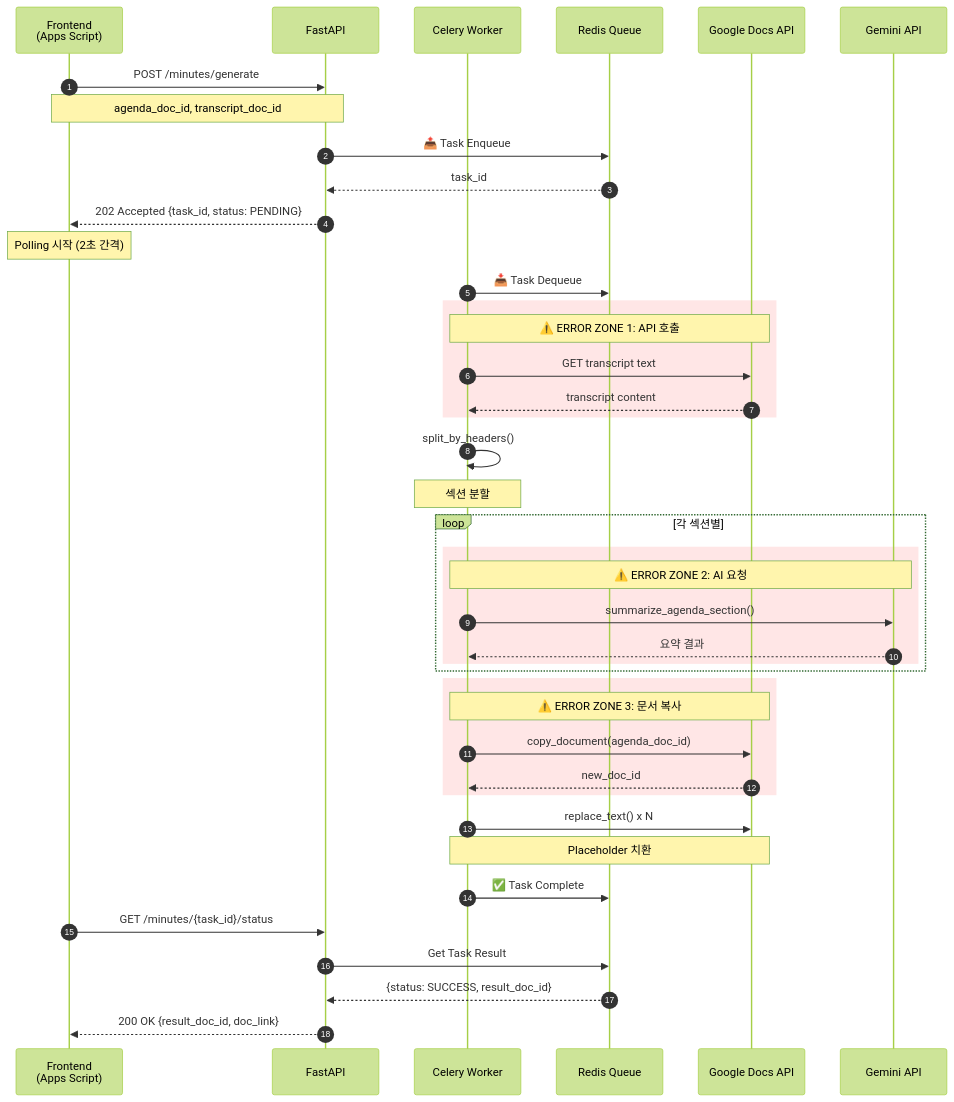
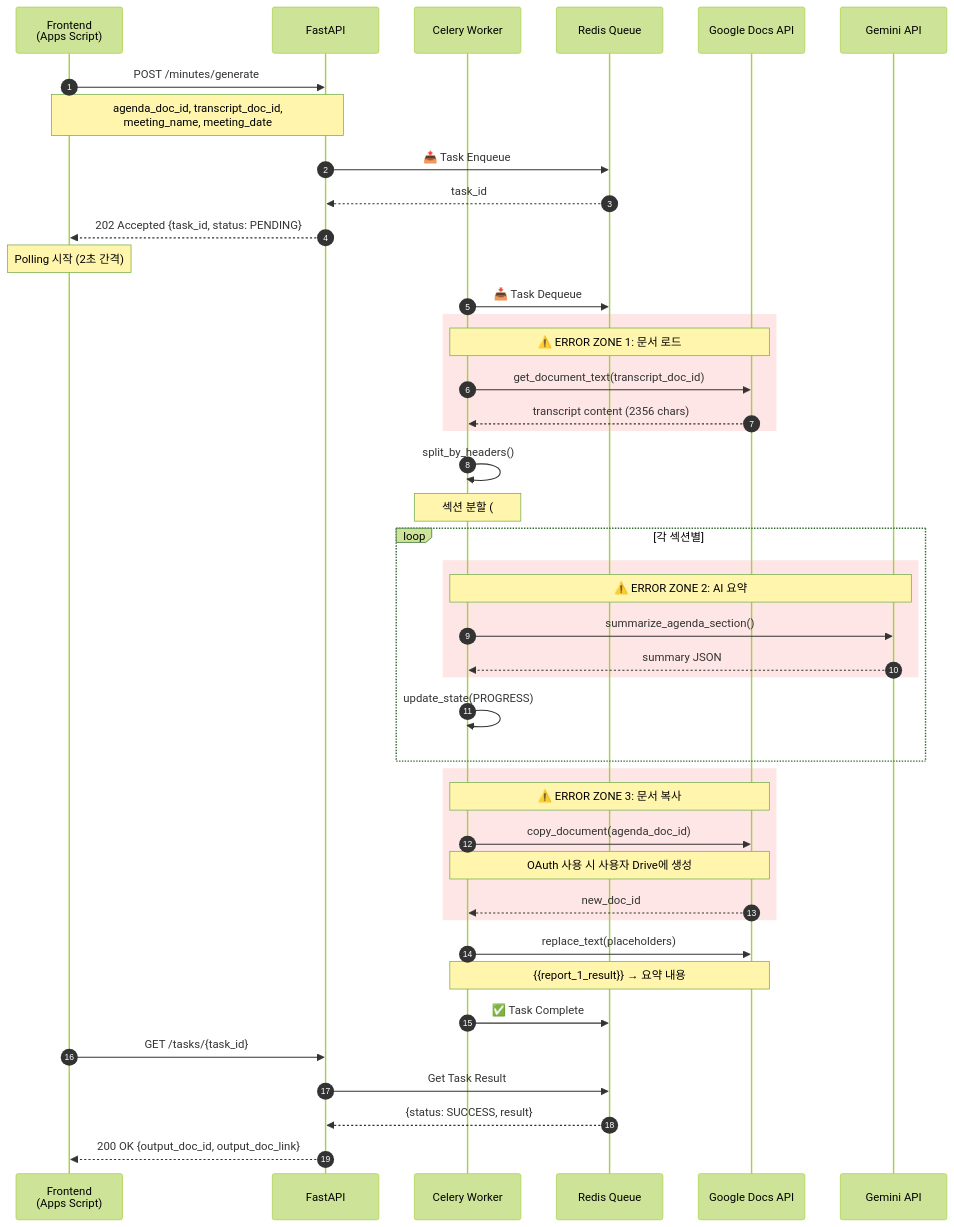
One commit to gun9212/2025Winter_4th changed the first of 9 diagrams in docs/COMMUNICATION_FLOW.md. Above: the diagram before and after it, drawn with Mermaid (forest theme). The commit also changed other lines of this file and 3 other files, not shown here.

Commit message:
"fix: API, DB스키마, Celery Task, 추가 기능 FLOW 마크다운 파일 최신화 반영"

````diff
--- a/docs/COMMUNICATION_FLOW.md
+++ b/docs/COMMUNICATION_FLOW.md
@@ -7,54 +12,56 @@
 ```mermaid
 sequenceDiagram
     autonumber
     participant FE as Frontend<br/>(Apps Script)
     participant API as FastAPI
     participant Celery as Celery Worker
     participant Redis as Redis Queue
     participant Docs as Google Docs API
     participant AI as Gemini API
 
     FE->>API: POST /minutes/generate
-    Note over FE,API: agenda_doc_id, transcript_doc_id
-    
+    Note over FE,API: agenda_doc_id, transcript_doc_id,<br/>meeting_name, meeting_date
+
     API->>Redis: 📤 Task Enqueue
     Redis-->>API: task_id
     API-->>FE: 202 Accepted {task_id, status: PENDING}
-    
+
     Note over FE: Polling 시작 (2초 간격)
-    
+
     Celery->>Redis: 📥 Task Dequeue
-    
+
     rect rgb(255, 230, 230)
-        Note over Celery,Docs: ⚠️ ERROR ZONE 1: API 호출
-        Celery->>Docs: GET transcript text
-        Docs-->>Celery: transcript content
+        Note over Celery,Docs: ⚠️ ERROR ZONE 1: 문서 로드
+        Celery->>Docs: get_document_text(transcript_doc_id)
+        Docs-->>Celery: transcript content (2356 chars)
     end
-    
+
     Celery->>Celery: split_by_headers()
-    Note over Celery: 섹션 분할
-    
+    Note over Celery: 섹션 분할 (## 헤더 기준)
+
     loop 각 섹션별
         rect rgb(255, 230, 230)
-            Note over Celery,AI: ⚠️ ERROR ZONE 2: AI 요청
+            Note over Celery,AI: ⚠️ ERROR ZONE 2: AI 요약
             Celery->>AI: summarize_agenda_section()
-            AI-->>Celery: 요약 결과
+            AI-->>Celery: summary JSON
         end
+        Celery->>Celery: update_state(PROGRESS)
     end
-    
+
     rect rgb(255, 230, 230)
         Note over Celery,Docs: ⚠️ ERROR ZONE 3: 문서 복사
         Celery->>Docs: copy_document(agenda_doc_id)
+        Note over Celery,Docs: OAuth 사용 시 사용자 Drive에 생성
         Docs-->>Celery: new_doc_id
     end
-    
-    Celery->>Docs: replace_text() x N
-    Note over Celery,Docs: Placeholder 치환
-    
+
+    Celery->>Docs: replace_text(placeholders)
+    Note over Celery,Docs: {{report_1_result}} → 요약 내용
+
     Celery->>Redis: ✅ Task Complete
-    
-    FE->>API: GET /minutes/{task_id}/status
+
+    FE->>API: GET /tasks/{task_id}
     API->>Redis: Get Task Result
-    Redis-->>API: {status: SUCCESS, result_doc_id}
-    API-->>FE: 200 OK {result_doc_id, doc_link}
+    Redis-->>API: {status: SUCCESS, result}
+    API-->>FE: 200 OK {output_doc_id, output_doc_link}
 ```
````
